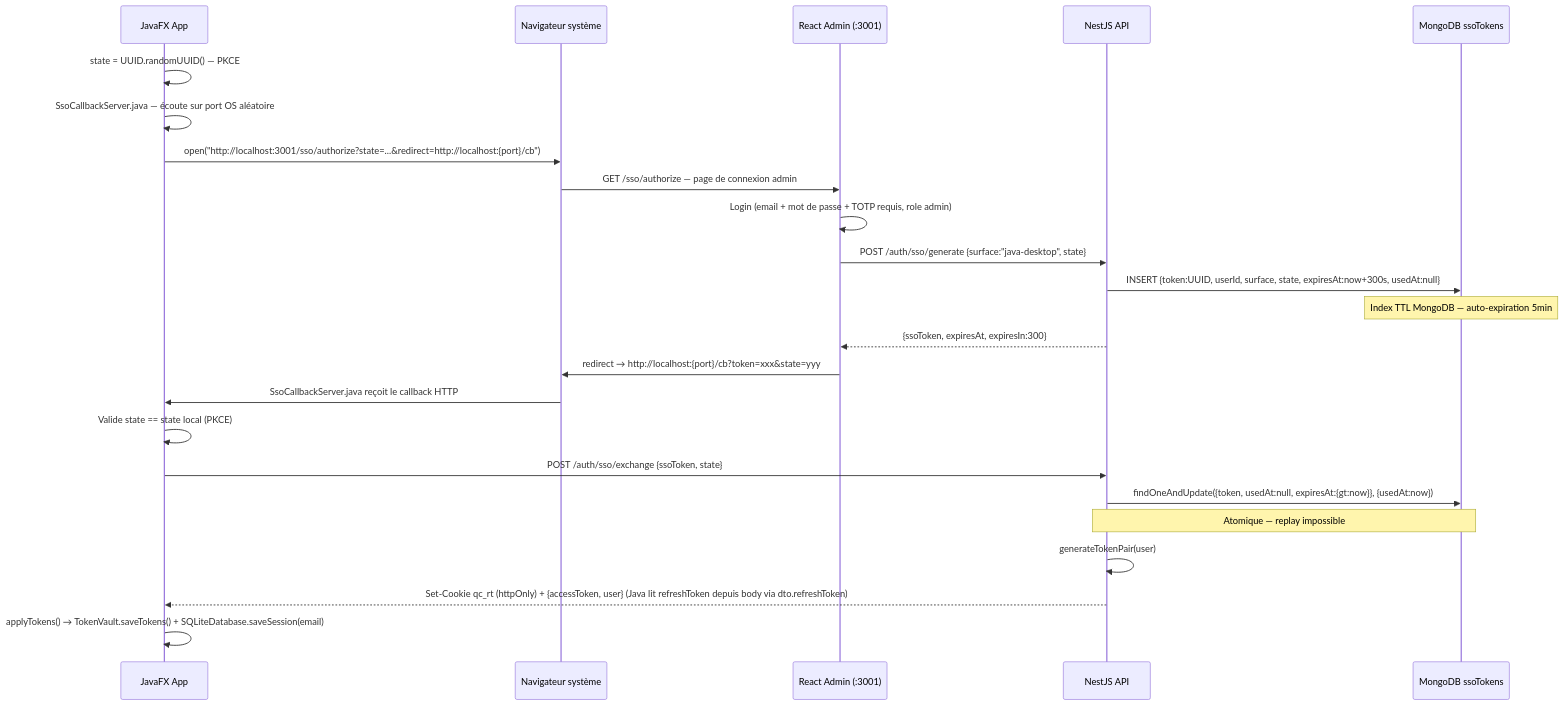
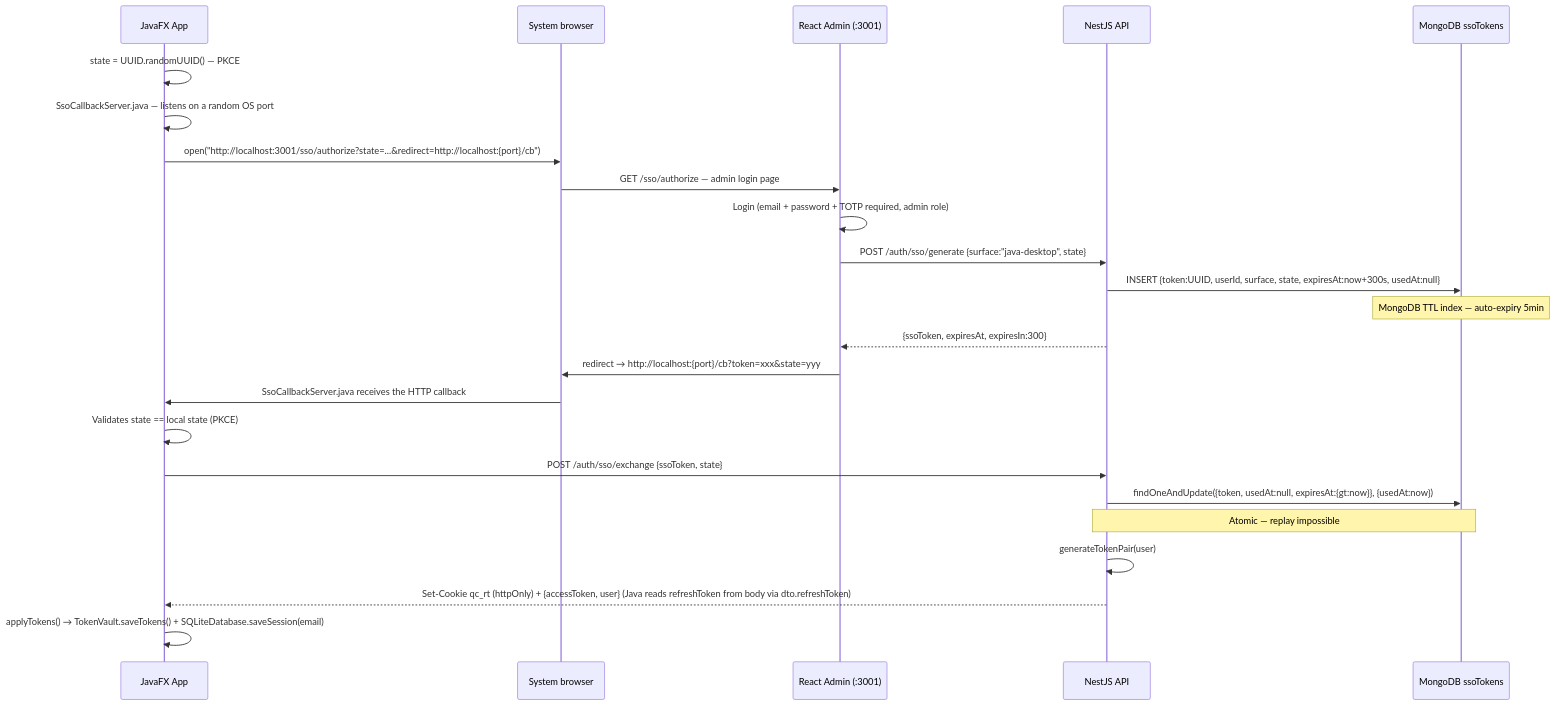
Before and after one commit to creibaud/QuartierConnect: the fifth of 21 diagrams in docs/ARCHITECTURE.md, drawn with Mermaid. The commit also changed other lines of this file and 155 other files, not shown here.

````diff
--- a/docs/ARCHITECTURE.md
+++ b/docs/ARCHITECTURE.md
@@ -203,27 +205,27 @@
 ```mermaid
 sequenceDiagram
     participant Java as JavaFX App
-    participant Browser as Navigateur système
+    participant Browser as System browser
     participant Admin as React Admin (:3001)
     participant API as NestJS API
     participant Mongo as MongoDB ssoTokens
 
     Java->>Java: state = UUID.randomUUID() — PKCE
-    Java->>Java: SsoCallbackServer.java — écoute sur port OS aléatoire
+    Java->>Java: SsoCallbackServer.java — listens on a random OS port
     Java->>Browser: open("http://localhost:3001/sso/authorize?state=...&redirect=http://localhost:{port}/cb")
-    Browser->>Admin: GET /sso/authorize — page de connexion admin
-    Admin->>Admin: Login (email + mot de passe + TOTP requis, role admin)
+    Browser->>Admin: GET /sso/authorize — admin login page
+    Admin->>Admin: Login (email + password + TOTP required, admin role)
     Admin->>API: POST /auth/sso/generate {surface:"java-desktop", state}
     API->>Mongo: INSERT {token:UUID, userId, surface, state, expiresAt:now+300s, usedAt:null}
-    Note over Mongo: Index TTL MongoDB — auto-expiration 5min
+    Note over Mongo: MongoDB TTL index — auto-expiry 5min
     API-->>Admin: {ssoToken, expiresAt, expiresIn:300}
     Admin->>Browser: redirect → http://localhost:{port}/cb?token=xxx&state=yyy
-    Browser->>Java: SsoCallbackServer.java reçoit le callback HTTP
-    Java->>Java: Valide state == state local (PKCE)
+    Browser->>Java: SsoCallbackServer.java receives the HTTP callback
+    Java->>Java: Validates state == local state (PKCE)
     Java->>API: POST /auth/sso/exchange {ssoToken, state}
     API->>Mongo: findOneAndUpdate({token, usedAt:null, expiresAt:{gt:now}}, {usedAt:now})
-    Note over API,Mongo: Atomique — replay impossible
+    Note over API,Mongo: Atomic — replay impossible
     API->>API: generateTokenPair(user)
-    API-->>Java: Set-Cookie qc_rt (httpOnly) + {accessToken, user} (Java lit refreshToken depuis body via dto.refreshToken)
+    API-->>Java: Set-Cookie qc_rt (httpOnly) + {accessToken, user} (Java reads refreshToken from body via dto.refreshToken)
     Java->>Java: applyTokens() → TokenVault.saveTokens() + SQLiteDatabase.saveSession(email)
 ```
````
